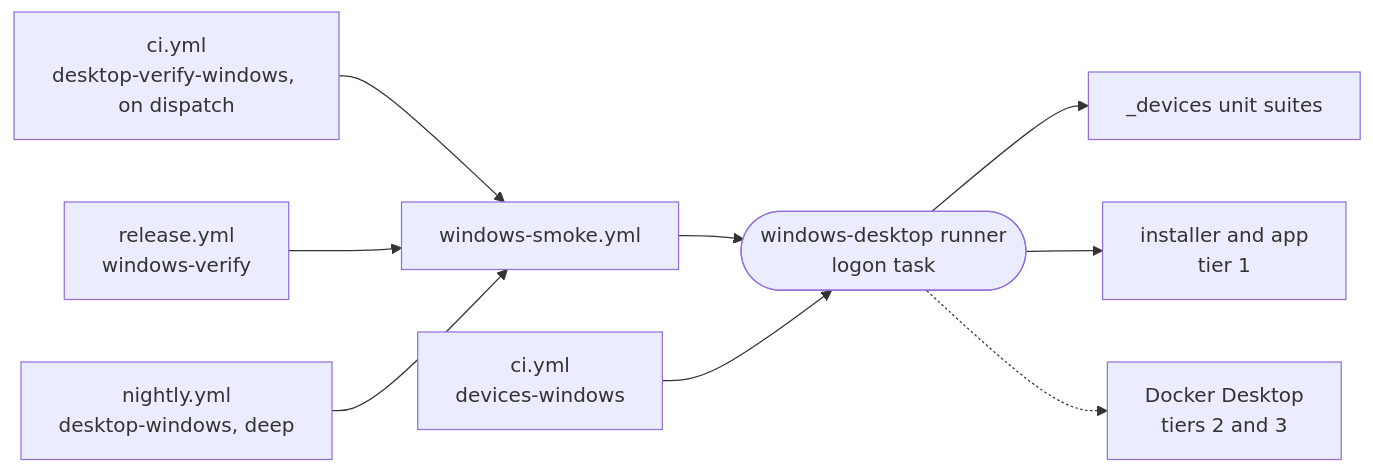
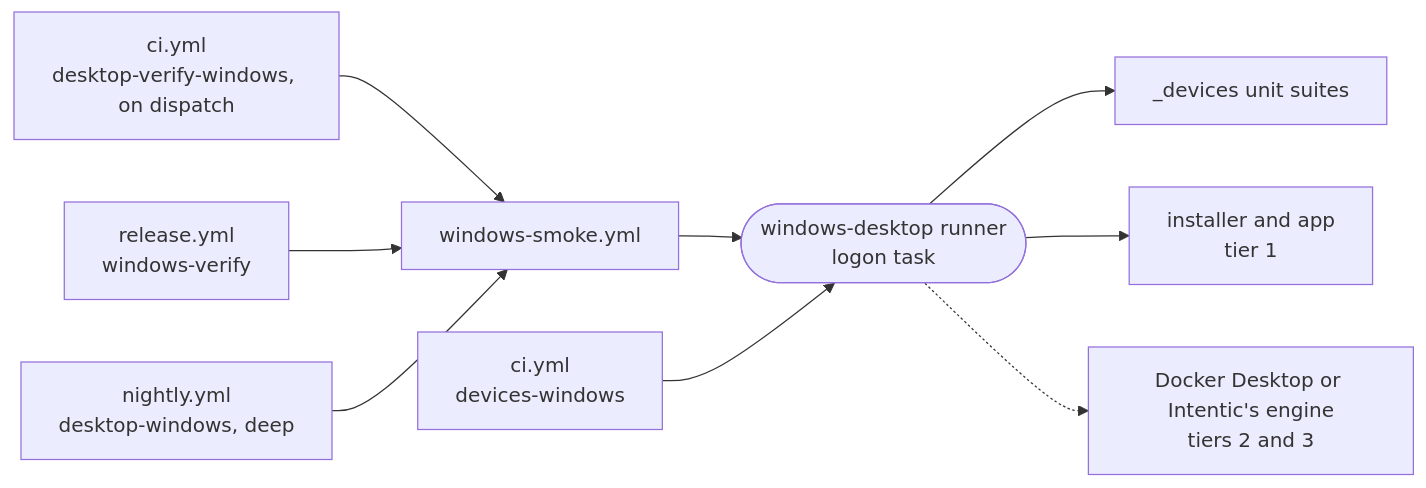
The diagram in docs/ops/ci-runner-windows.md (intentic/intentic), drawn with Mermaid before and after one commit. The commit also changed other lines of this file and 9 other files, not shown here.

First line of the commit message:
feat(ci): point docker at engine when Docker Desktop absent and lock concurrent pulls

````diff
--- a/docs/ops/ci-runner-windows.md
+++ b/docs/ops/ci-runner-windows.md
@@ -5,11 +5,11 @@
 ```mermaid
 flowchart LR
     ci["ci.yml<br/>desktop-verify-windows, on dispatch"] --> smoke["windows-smoke.yml"]
     rel["release.yml<br/>windows-verify"] --> smoke
     night["nightly.yml<br/>desktop-windows, deep"] --> smoke
     smoke --> runner(["windows-desktop runner<br/>logon task"])
     lane["ci.yml<br/>devices-windows"] --> runner
     runner --> units["_devices unit suites"]
     runner --> app["installer and app<br/>tier 1"]
-    runner -.-> docker["Docker Desktop<br/>tiers 2 and 3"]
+    runner -.-> docker["Docker Desktop or Intentic's engine<br/>tiers 2 and 3"]
 ```
````
